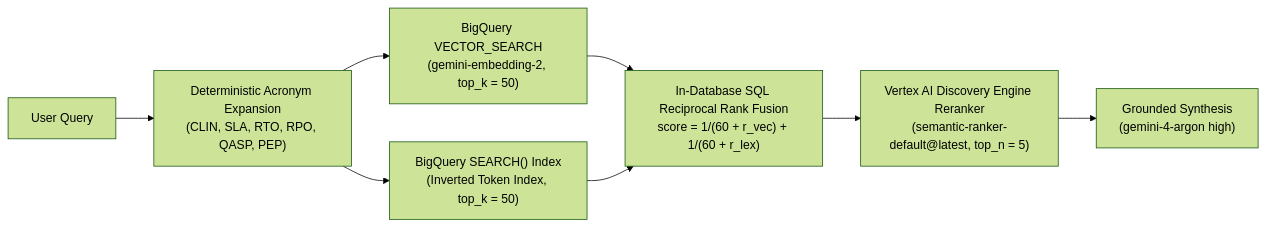
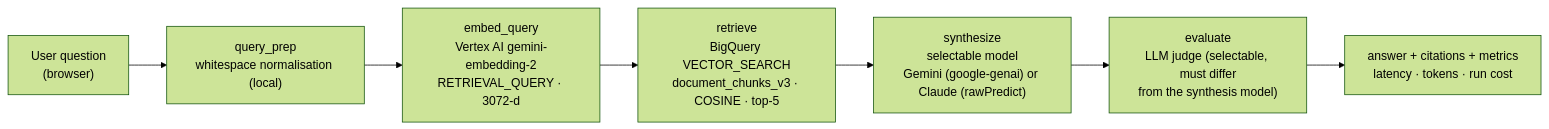
The first of 2 diagrams in README.md (nishitpatel01/rag-arena), drawn with Mermaid (forest theme) before and after one commit. The commit also changed other lines of this file and 2 other files, not shown here.

Commit message:
docs: v3 README with architecture, stage-by-stage walkthrough, model catalog, Level 1 results; refresh architecture and setup guides

````diff
--- a/README.md
+++ b/README.md
@@ -61,9 +55,9 @@
 ```mermaid
 flowchart LR
-    Q["User Query"] --> EXP["Deterministic Acronym Expansion\n(CLIN, SLA, RTO, RPO, QASP, PEP)"]
-    EXP --> DENSE["BigQuery VECTOR_SEARCH\n(gemini-embedding-2, top_k = 50)"]
-    EXP --> LEX["BigQuery SEARCH() Index\n(Inverted Token Index, top_k = 50)"]
-    DENSE & LEX --> RRF["In-Database SQL Reciprocal Rank Fusion\nscore = 1/(60 + r_vec) + 1/(60 + r_lex)"]
-    RRF --> RERANK["Vertex AI Discovery Engine Reranker\n(semantic-ranker-default@latest, top_n = 5)"]
-    RERANK --> GEN["Grounded Synthesis\n(gemini-4-argon high)"]
+    U["User question<br/>(browser)"] --> QP["query_prep<br/>whitespace normalisation (local)"]
+    QP --> EQ["embed_query<br/>Vertex AI gemini-embedding-2<br/>RETRIEVAL_QUERY · 3072-d"]
+    EQ --> RT["retrieve<br/>BigQuery VECTOR_SEARCH<br/>document_chunks_v3 · COSINE · top-5"]
+    RT --> SY["synthesize<br/>selectable model<br/>Gemini (google-genai) or Claude (rawPredict)"]
+    SY --> EV["evaluate<br/>LLM judge (selectable, must differ<br/>from the synthesis model)"]
+    EV --> OUT["answer + citations + metrics<br/>latency · tokens · run cost"]
 ```
````
